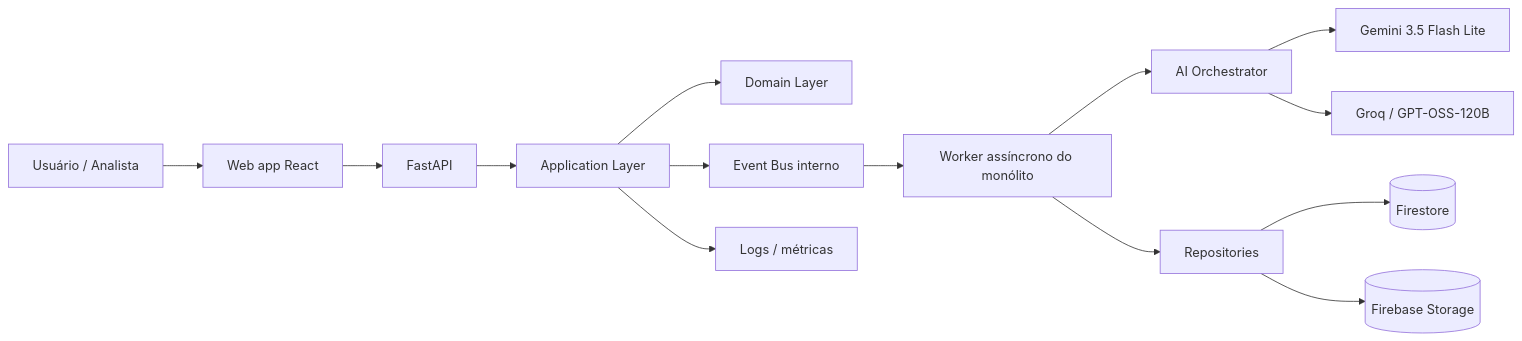
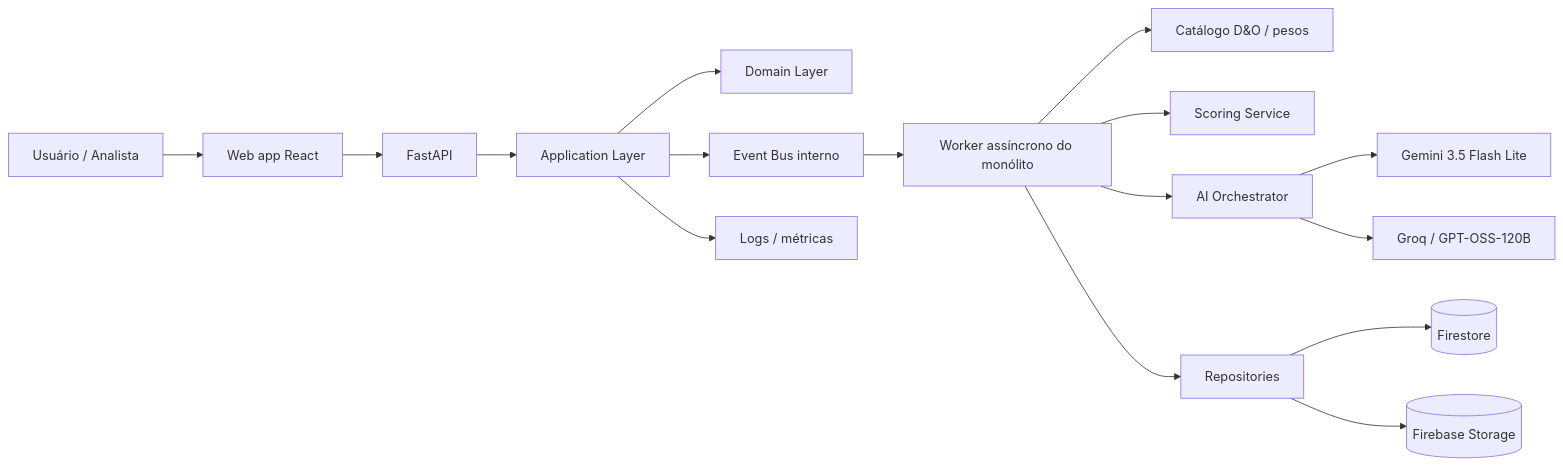
Before and after one commit to SantanaYure/ClauseAI: the first of 3 diagrams in docs/architecture/ARCHITECTURE_OVERVIEW.md, drawn with Mermaid. The commit also changed other lines of this file and 14 other files, not shown here.

````diff
--- a/docs/architecture/ARCHITECTURE_OVERVIEW.md
+++ b/docs/architecture/ARCHITECTURE_OVERVIEW.md
@@ -32,16 +37,18 @@
 ```mermaid
 flowchart LR
     U[Usuário / Analista] --> FE[Web app React]
     FE --> API[FastAPI]
     API --> APP[Application Layer]
     APP --> DOM[Domain Layer]
     APP --> BUS[Event Bus interno]
     BUS --> WORKER[Worker assíncrono do monólito]
+    WORKER --> KB[Catálogo D&O / pesos]
+    WORKER --> SCORE[Scoring Service]
     WORKER --> AI[AI Orchestrator]
     AI --> GEM[Gemini 3.5 Flash Lite]
     AI --> GROQ[Groq / GPT-OSS-120B]
     WORKER --> REPO[Repositories]
     REPO --> FS[(Firestore)]
     REPO --> ST[(Firebase Storage)]
     APP --> OBS[Logs / métricas]
 ```
````
